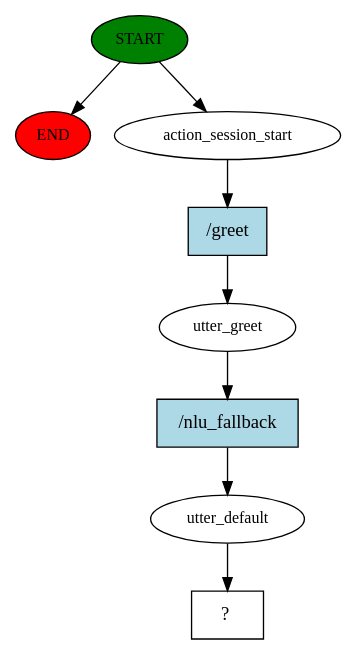
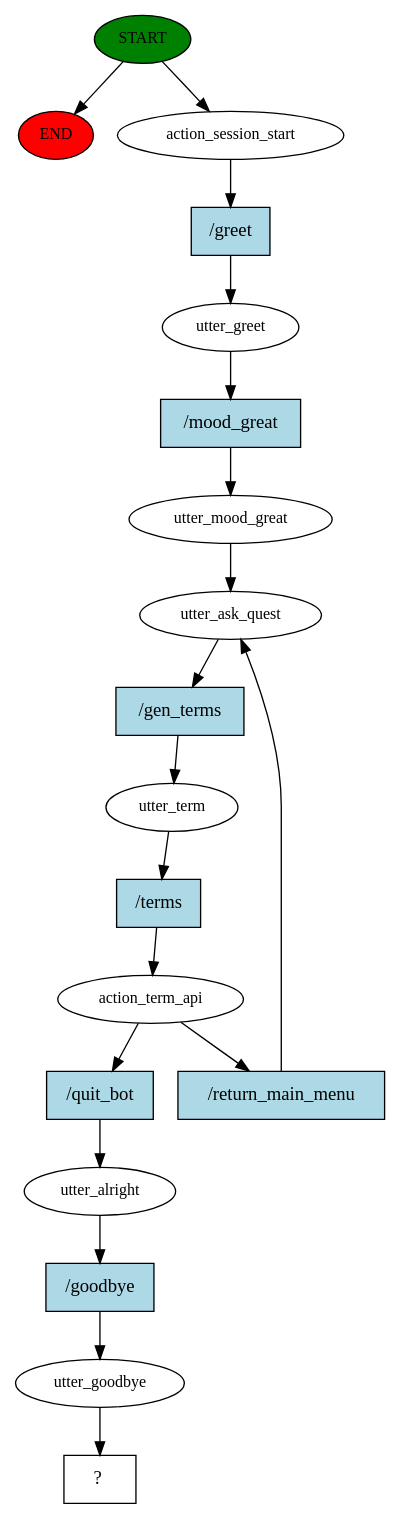
The diagram in story_graph.dot (mebaidoo/Medical-Chatbot-Capstone), drawn with Graphviz before and after one commit. The commit also changed 156 other files, not shown here.

```diff
--- a/story_graph.dot
+++ b/story_graph.dot
@@ -1,17 +1,38 @@
 digraph  {
 0 [class="start active", fillcolor=green, fontsize=12, label=START, style=filled];
 "-1" [class=end, fillcolor=red, fontsize=12, label=END, style=filled];
 1 [class=active, fontsize=12, label=action_session_start];
 2 [class=active, fontsize=12, label=utter_greet];
-3 [class=active, fontsize=12, label=utter_default];
-4 [class="intent dashed active", label="  ?  ", shape=rect];
-5 [class="intent active", fillcolor=lightblue, label="/greet", shape=rect, style=filled];
-6 [class="intent active", fillcolor=lightblue, label="/nlu_fallback", shape=rect, style=filled];
+3 [class=active, fontsize=12, label=utter_mood_great];
+4 [class=active, fontsize=12, label=utter_ask_quest];
+5 [class=active, fontsize=12, label=utter_term];
+6 [class=active, fontsize=12, label=action_term_api];
+10 [class=active, fontsize=12, label=utter_alright];
+11 [class=active, fontsize=12, label=utter_goodbye];
+12 [class="intent dashed active", label="  ?  ", shape=rect];
+13 [class="intent active", fillcolor=lightblue, label="/greet", shape=rect, style=filled];
+14 [class="intent active", fillcolor=lightblue, label="/mood_great", shape=rect, style=filled];
+15 [class="intent active", fillcolor=lightblue, label="/gen_terms", shape=rect, style=filled];
+16 [class="intent active", fillcolor=lightblue, label="/terms", shape=rect, style=filled];
+17 [class="intent active", fillcolor=lightblue, label="/return_main_menu", shape=rect, style=filled];
+18 [class="intent active", fillcolor=lightblue, label="/quit_bot", shape=rect, style=filled];
+19 [class="intent active", fillcolor=lightblue, label="/goodbye", shape=rect, style=filled];
 0 -> "-1"  [class="", key=NONE, label=""];
 0 -> 1  [class=active, key=NONE, label=""];
-1 -> 5  [class=active, key=0];
-2 -> 6  [class=active, key=0];
+1 -> 13  [class=active, key=0];
+2 -> 14  [class=active, key=0];
 3 -> 4  [class=active, key=NONE, label=""];
-5 -> 2  [class=active, key=0];
-6 -> 3  [class=active, key=0];
+4 -> 15  [class=active, key=0];
+5 -> 16  [class=active, key=0];
+6 -> 17  [class=active, key=0];
+6 -> 18  [class=active, key=0];
+10 -> 19  [class=active, key=0];
+11 -> 12  [class=active, key=NONE, label=""];
+13 -> 2  [class=active, key=0];
+14 -> 3  [class=active, key=0];
+15 -> 5  [class=active, key=0];
+16 -> 6  [class=active, key=0];
+17 -> 4  [class=active, key=0];
+18 -> 10  [class=active, key=0];
+19 -> 11  [class=active, key=0];
 }
```
